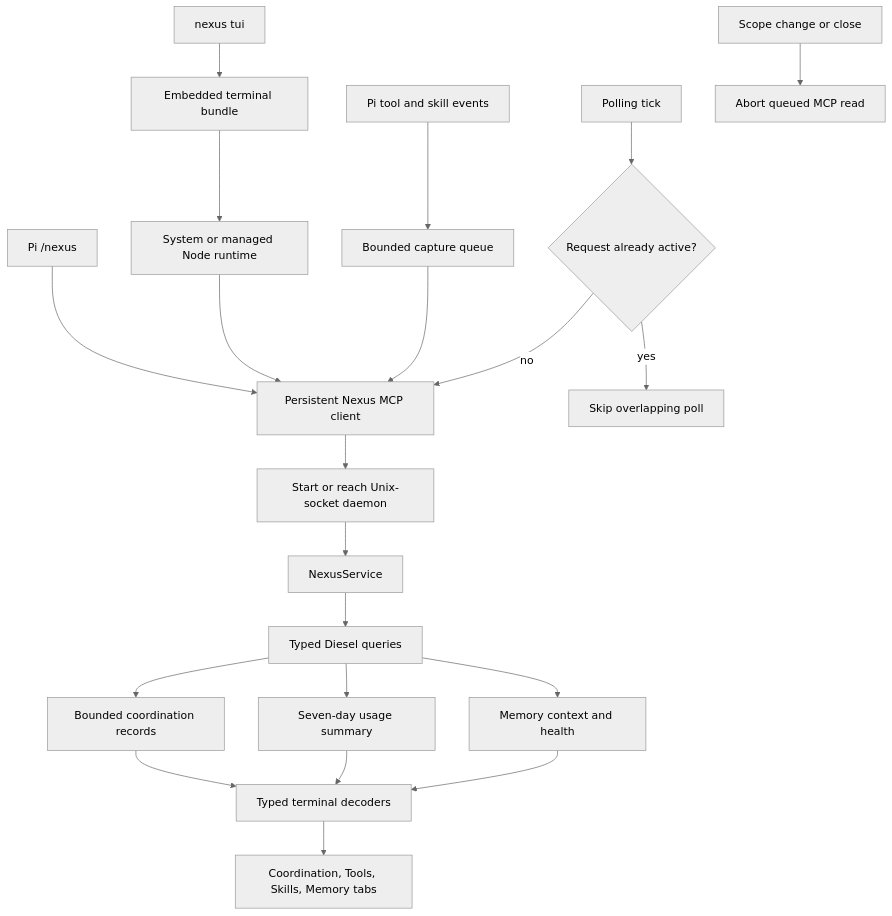
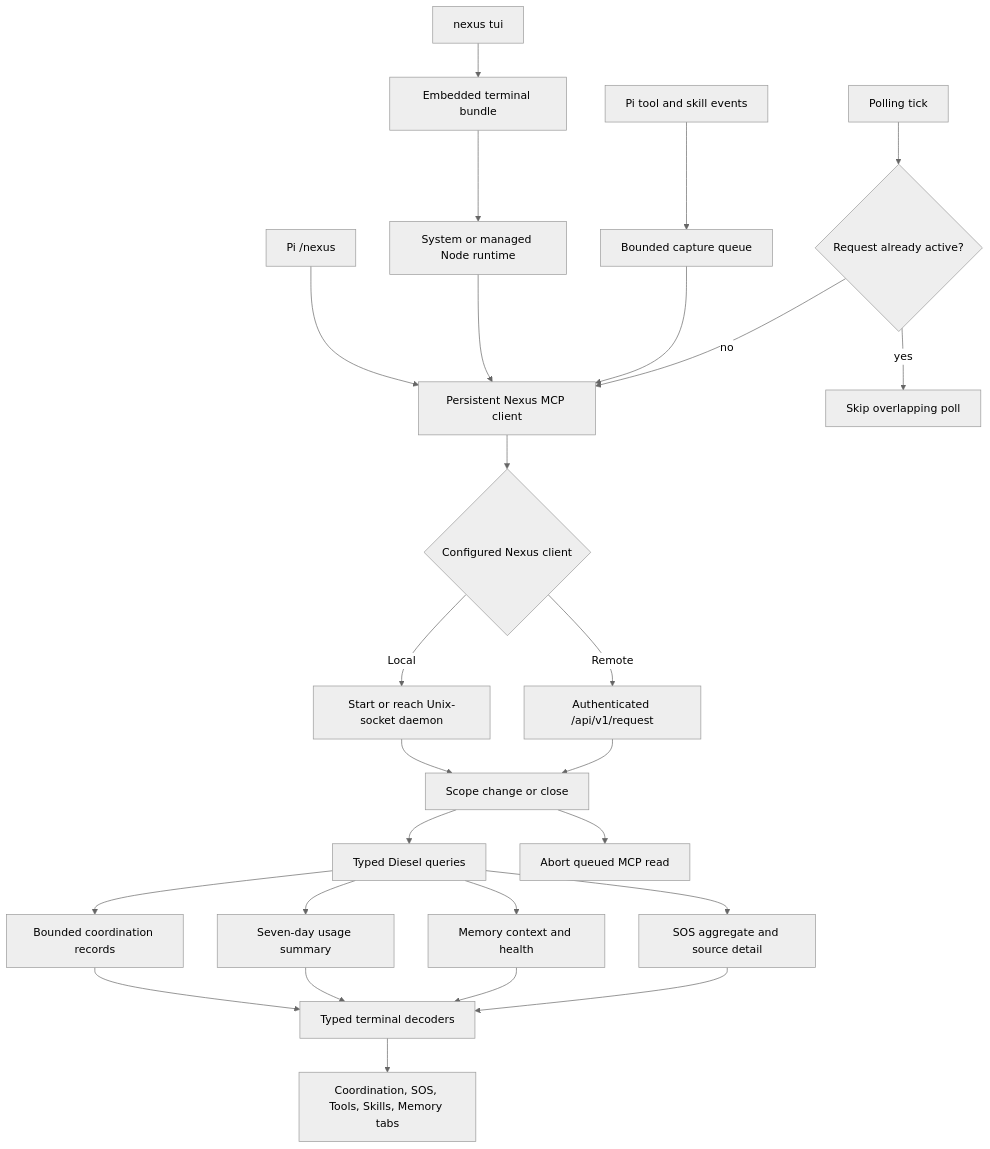
The diagram in docs/features/observability-ui.md (warrenronsiek/nexus), drawn with Mermaid (neutral theme) before and after one commit. The commit also changed other lines of this file and 202 other files, not shown here.

Commit message:
Add shared Postgres service and SOS triage (#8)

````diff
--- a/docs/features/observability-ui.md
+++ b/docs/features/observability-ui.md
@@ -23,23 +23,28 @@
 ```mermaid
 flowchart TD
     A[Pi /nexus] --> B[Persistent Nexus MCP client]
     C[nexus tui] --> D[Embedded terminal bundle]
     D --> E[System or managed Node runtime]
     E --> B
     F[Pi tool and skill events] --> G[Bounded capture queue]
     G --> B
-    B --> H[Start or reach Unix-socket daemon]
-    H --> I[NexusService]
-    I --> J[Typed Diesel queries]
-    J --> K[Bounded coordination records]
-    J --> L[Seven-day usage summary]
-    J --> M[Memory context and health]
+    B --> H{Configured Nexus client}
+    H -->|Local| I[Start or reach Unix-socket daemon]
+    H -->|Remote| J[Authenticated /api/v1/request]
+    I --> S[NexusService]
+    J --> S
+    S --> QD[Typed Diesel queries]
+    QD --> K[Bounded coordination records]
+    QD --> L[Seven-day usage summary]
+    QD --> M[Memory context and health]
+    QD --> SI[SOS aggregate and source detail]
     K --> N[Typed terminal decoders]
     L --> N
     M --> N
-    N --> O[Coordination, Tools, Skills, Memory tabs]
+    SI --> N
+    N --> O[Coordination, SOS, Tools, Skills, Memory tabs]
     P[Polling tick] --> Q{Request already active?}
     Q -->|yes| R[Skip overlapping poll]
     Q -->|no| B
     S[Scope change or close] --> T[Abort queued MCP read]
 ```
````
